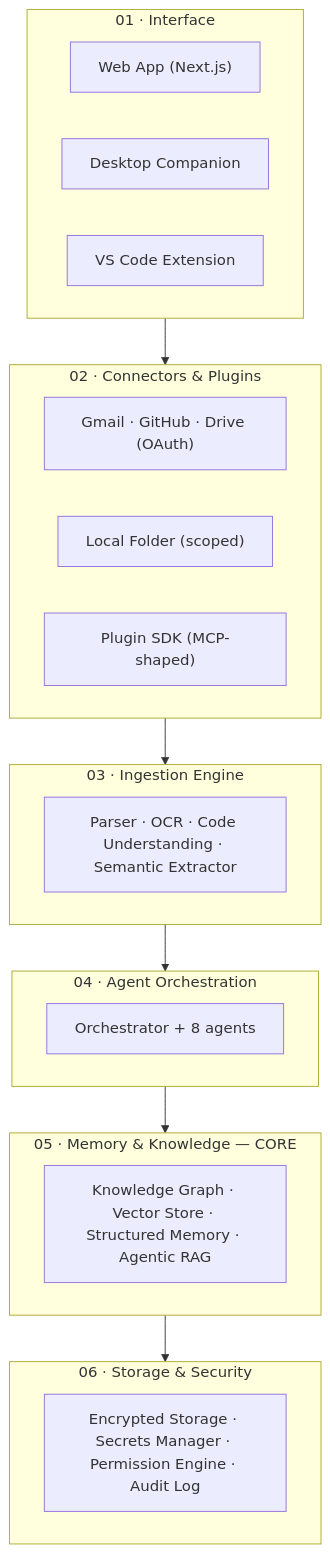
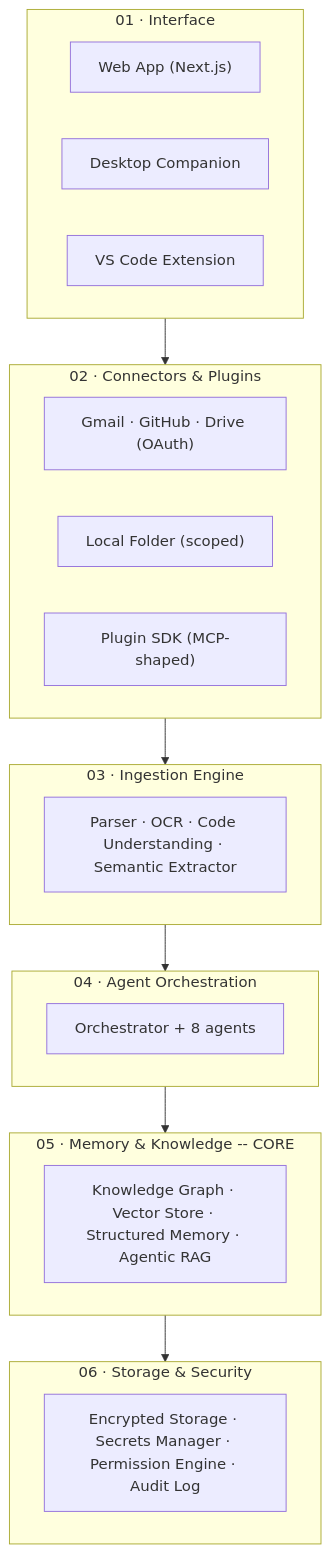
The first of 2 diagrams in docs/vaeloom-mvp-e2e.md (Driftloom/Vaeloom), drawn with Mermaid before and after one commit. The commit also changed other lines of this file and 694 other files, not shown here.

First line of the commit message:
docs: mermaid standardization — encoding/mermaid/duplicate cleanup

````diff
--- a/docs/vaeloom-mvp-e2e.md
+++ b/docs/vaeloom-mvp-e2e.md
@@ -947,26 +947,26 @@
 ```mermaid
 graph TD
-    subgraph L1["01 · Interface"]
-        I1["Web App (Next.js)"]
-        I2["Desktop Companion"]
-        I3["VS Code Extension"]
-    end
-    subgraph L2["02 · Connectors & Plugins"]
-        C1["Gmail · GitHub · Drive (OAuth)"]
-        C2["Local Folder (scoped)"]
-        C3["Plugin SDK (MCP-shaped)"]
-    end
-    subgraph L3["03 · Ingestion Engine"]
-        G1["Parser · OCR · Code Understanding · Semantic Extractor"]
-    end
-    subgraph L4["04 · Agent Orchestration"]
-        O1["Orchestrator + 8 agents"]
-    end
-    subgraph L5["05 · Memory & Knowledge — CORE"]
-        M1["Knowledge Graph · Vector Store · Structured Memory · Agentic RAG"]
-    end
-    subgraph L6["06 · Storage & Security"]
-        S1["Encrypted Storage · Secrets Manager · Permission Engine · Audit Log"]
-    end
-    L1 --> L2 --> L3 --> L4 --> L5 --> L6
+ subgraph L1["01 · Interface"]
+ I1["Web App (Next.js)"]
+ I2["Desktop Companion"]
+ I3["VS Code Extension"]
+ end
+ subgraph L2["02 · Connectors & Plugins"]
+ C1["Gmail · GitHub · Drive (OAuth)"]
+ C2["Local Folder (scoped)"]
+ C3["Plugin SDK (MCP-shaped)"]
+ end
+ subgraph L3["03 · Ingestion Engine"]
+ G1["Parser · OCR · Code Understanding · Semantic Extractor"]
+ end
+ subgraph L4["04 · Agent Orchestration"]
+ O1["Orchestrator + 8 agents"]
+ end
+ subgraph L5["05 · Memory & Knowledge -- CORE"]
+ M1["Knowledge Graph · Vector Store · Structured Memory · Agentic RAG"]
+ end
+ subgraph L6["06 · Storage & Security"]
+ S1["Encrypted Storage · Secrets Manager · Permission Engine · Audit Log"]
+ end
+ L1--> L2--> L3--> L4--> L5--> L6
 ```
````
